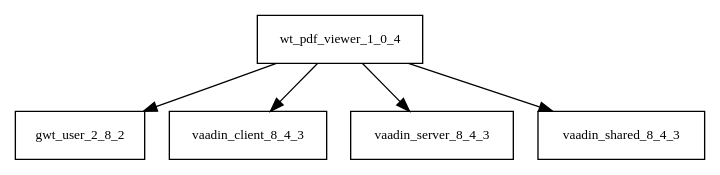
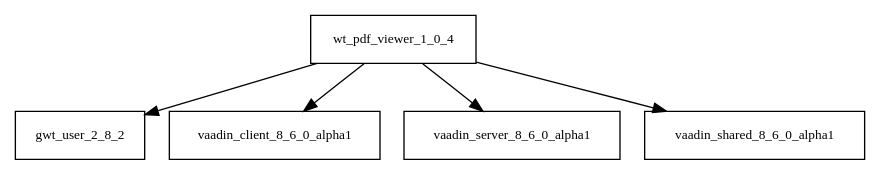
Before and after one commit to sjvs/cia: the diagram in tattleTaleReport/graphviz/wt-pdf-viewer-1.0.4.jar/wt-pdf-viewer-1.0.4.jar.dot, drawn with Graphviz. The commit also changed 2737 other files, not shown here.

```diff
--- a/tattleTaleReport/graphviz/wt-pdf-viewer-1.0.4.jar/wt-pdf-viewer-1.0.4.jar.dot
+++ b/tattleTaleReport/graphviz/wt-pdf-viewer-1.0.4.jar/wt-pdf-viewer-1.0.4.jar.dot
@@ -1,7 +1,7 @@
 digraph wt_pdf_viewer_1_0_4_dependencies {
   node [shape = box, fontsize=10.0];
   wt_pdf_viewer_1_0_4 -> gwt_user_2_8_2;
-  wt_pdf_viewer_1_0_4 -> vaadin_client_8_4_3;
-  wt_pdf_viewer_1_0_4 -> vaadin_server_8_4_3;
-  wt_pdf_viewer_1_0_4 -> vaadin_shared_8_4_3;
+  wt_pdf_viewer_1_0_4 -> vaadin_client_8_6_0_alpha1;
+  wt_pdf_viewer_1_0_4 -> vaadin_server_8_6_0_alpha1;
+  wt_pdf_viewer_1_0_4 -> vaadin_shared_8_6_0_alpha1;
 }
```
